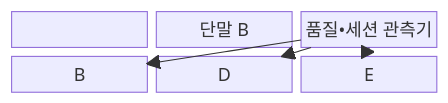
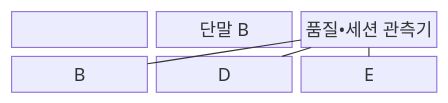
The first of 2 diagrams in src/content/docs/notes/04-network/109_webrtc.md (agnusdei1207/knowledge-base), drawn with Mermaid before and after one commit. The commit also changed other lines of this file and 493 other files, not shown here.

````diff
--- a/src/content/docs/notes/04-network/109_webrtc.md
+++ b/src/content/docs/notes/04-network/109_webrtc.md
@@ -66,10 +66,10 @@
 ```mermaid
-block
+block-beta
     columns 3
-    A["단말 A"] --> B["시그널링 서버"] --> C["단말 B"]
-    A --> D["STUN•TURN 서버"] --> C
-    A --> E["SFU•MCU 서버"] --> C
-    F["품질•세션 관측기"] --> B
-    F --> D
-    F --> E
+    A["단말 A"] --- B["시그널링 서버"] --- C["단말 B"]
+    A --- D["STUN•TURN 서버"] --- C
+    A --- E["SFU•MCU 서버"] --- C
+    F["품질•세션 관측기"] --- B
+    F --- D
+    F --- E
 ```
````
